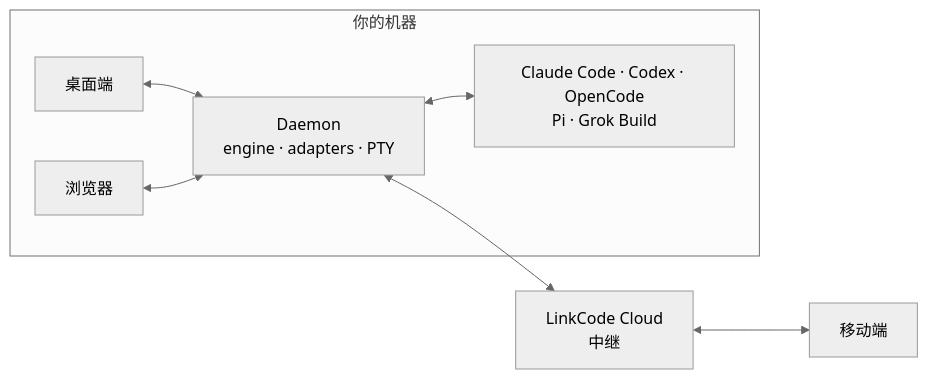
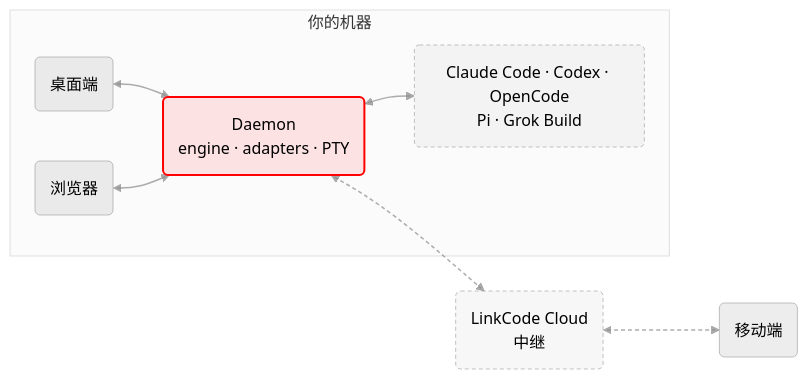
The diagram in docs/README.zh-CN.md (arcboxlabs/linkcode), drawn with Mermaid (neutral theme) before and after one commit. The commit also changed other lines of this file and 1 other file, not shown here.

Commit message:
docs(readme): round the hero screenshot and style the architecture diagram

````diff
--- a/docs/README.zh-CN.md
+++ b/docs/README.zh-CN.md
@@ -62,17 +62,27 @@
 ```mermaid
 flowchart LR
     subgraph machine["你的机器"]
-        DESKTOP["桌面端"]
-        WEB["浏览器"]
-        DAEMON["Daemon<br/>engine · adapters · PTY"]
-        AGENTS["Claude Code · Codex · OpenCode<br/>Pi · Grok Build"]
+        DESKTOP("桌面端")
+        WEB("浏览器")
+        DAEMON("Daemon<br/>engine · adapters · PTY")
+        AGENTS("Claude Code · Codex · OpenCode<br/>Pi · Grok Build")
     end
-    CLOUD["LinkCode Cloud<br/>中继"]
-    MOBILE["移动端"]
+    CLOUD("LinkCode Cloud<br/>中继")
+    MOBILE("移动端")
 
     DESKTOP <--> DAEMON
     WEB <--> DAEMON
     DAEMON <--> AGENTS
     DAEMON <--> CLOUD
     CLOUD <--> MOBILE
+
+    classDef client fill:#88888826,stroke:#88888880
+    classDef host fill:#FF00001A,stroke:#FF0000,stroke-width:2px
+    classDef muted fill:#88888812,stroke:#88888880,stroke-dasharray:4 3
+    class DESKTOP,WEB,MOBILE client
+    class DAEMON host
+    class AGENTS,CLOUD muted
+    style machine fill:#88888809,stroke:#88888840
+    linkStyle default stroke:#888888B0,stroke-width:1.5px
+    linkStyle 3,4 stroke:#888888B0,stroke-width:1.5px,stroke-dasharray:4 3
 ```
````
